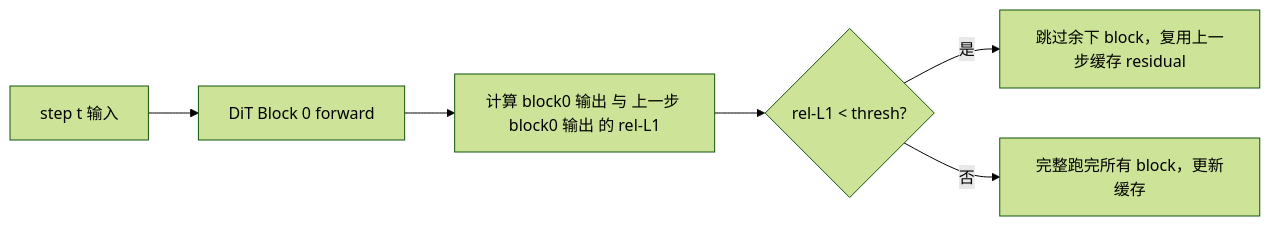
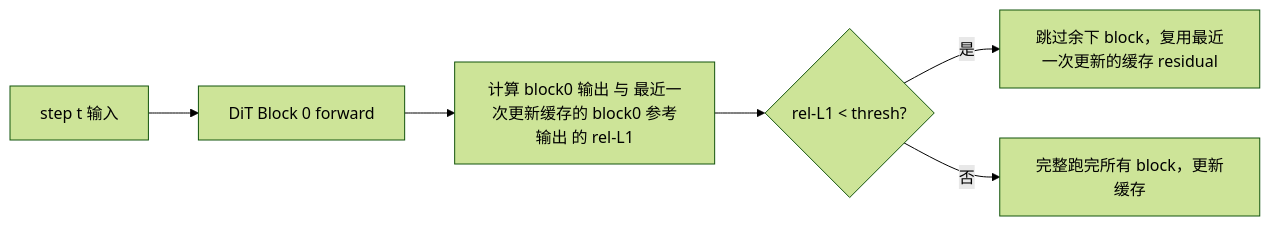
Before and after one commit to Atlas-Ascend-Fork/cannbot-knowledge: the diagram in knowledge/model/inference/concepts/techniques/dit_cache.md, drawn with Mermaid (forest theme). The commit also changed other lines of this file and 503 other files, not shown here.

````diff
--- a/knowledge/model/inference/concepts/techniques/dit_cache.md
+++ b/knowledge/model/inference/concepts/techniques/dit_cache.md
@@ -39,8 +40,8 @@
 ```mermaid
 flowchart LR
  In[step t 输入] --> B0[DiT Block 0 forward]
- B0 --> Delta[计算 block0 输出 与 上一步 block0 输出 的 rel-L1]
+ B0 --> Delta[计算 block0 输出 与 最近一次更新缓存的 block0 参考输出 的 rel-L1]
  Delta --> Judge{rel-L1 < thresh?}
- Judge -- 是 --> Reuse[跳过余下 block，复用上一步缓存 residual]
+ Judge -- 是 --> Reuse[跳过余下 block，复用最近一次更新的缓存 residual]
  Judge -- 否 --> Full[完整跑完所有 block，更新缓存]
 ```
````
